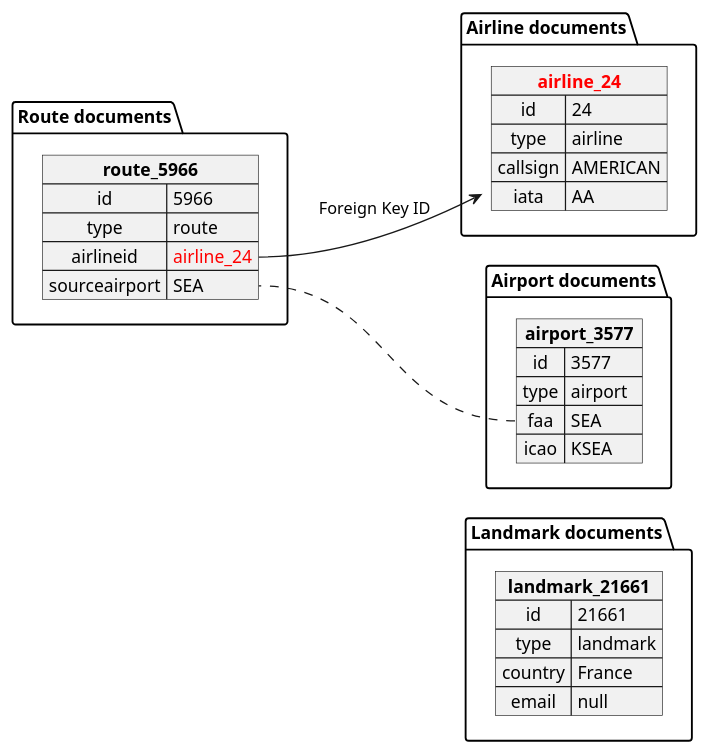
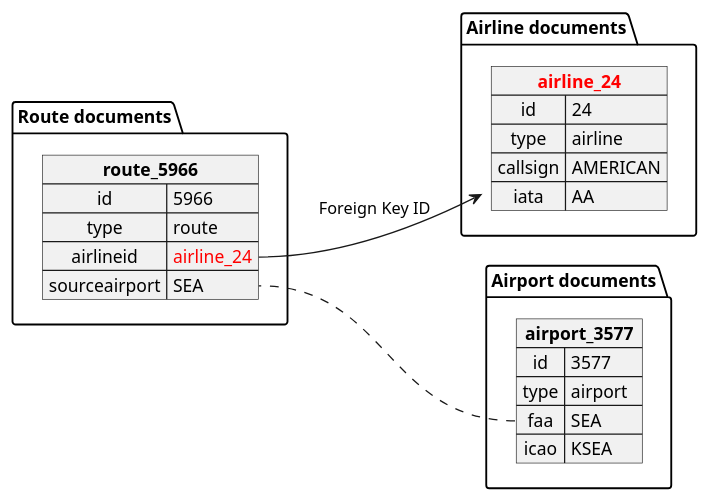
One commit to couchbase/docs-server changed the third of 3 diagrams in modules/n1ql/pages/n1ql-language-reference/selectintro.adoc. Above: the diagram before and after it, drawn with PlantUML. The commit also changed other lines of this file and 7 other files, not shown here.

Commit message:
Update diagrams; remove old images

```diff
--- a/modules/n1ql/pages/n1ql-language-reference/selectintro.adoc
+++ b/modules/n1ql/pages/n1ql-language-reference/selectintro.adoc
@@ -284,51 +290,53 @@
 [plantuml,travel-app-data-model,svg]
 ....
 @startuml
 
 left to right direction
 
 together {
-  package "Route documents" as route {
+  package "Route documents" as route $route {
     map "**route_5966**" as route_5966 {
       id => 5966
       type => route
       airlineid => <font color=red>airline_24
       sourceairport => SEA
     }
   }
 }
 
 together {
-  package "Airline documents" as airline {
+  package "Airline documents" as airline $airline {
     map "<font color=red>**airline_24**" as airline_24 {
       id => 24
       type => airline
       callsign => AMERICAN
       iata => AA
     }
   }
 
-  package "Airport documents" as airport {
+  package "Airport documents" as airport $airport {
     map "**airport_3577**" as airport_3577 {
       id => 3577
       type => airport
       faa => SEA
       icao => KSEA
     }
   }
 
-  package "Landmark documents" as landmark {
+  package "Landmark documents" as landmark $landmark {
     map "**landmark_21661**" as landmark_21661 {
       id => 21661
       type => landmark
       country => France
       email => null
     }
   }
 }
 
 route_5966::airlineid --> airline_24  : Foreign Key ID
 airport_3577::faa .. route_5966::sourceairport
 
+remove $landmark
+
 @enduml
 ....
```
